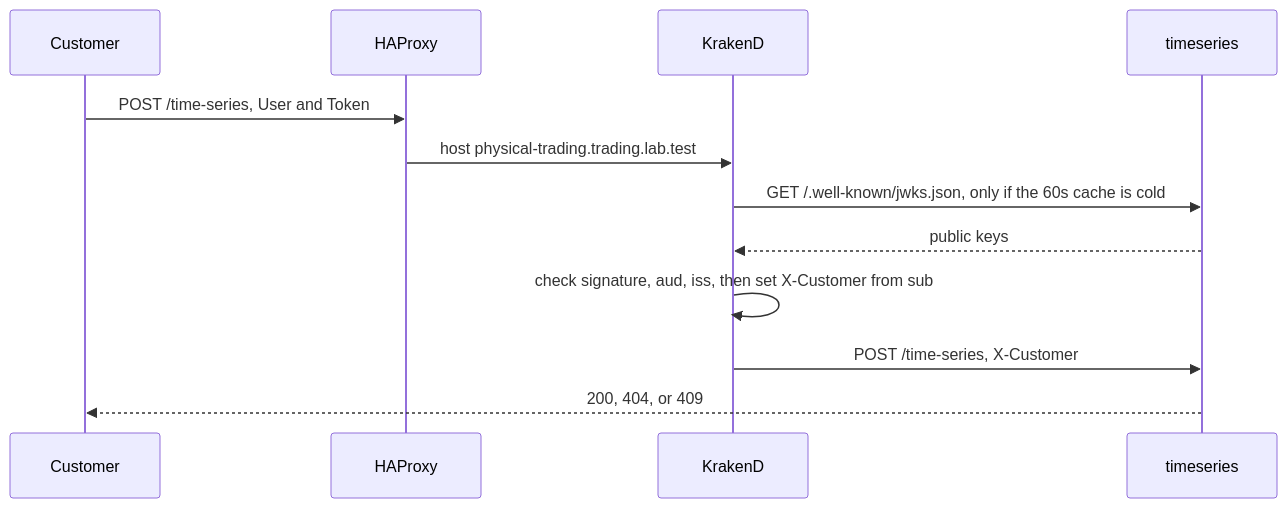
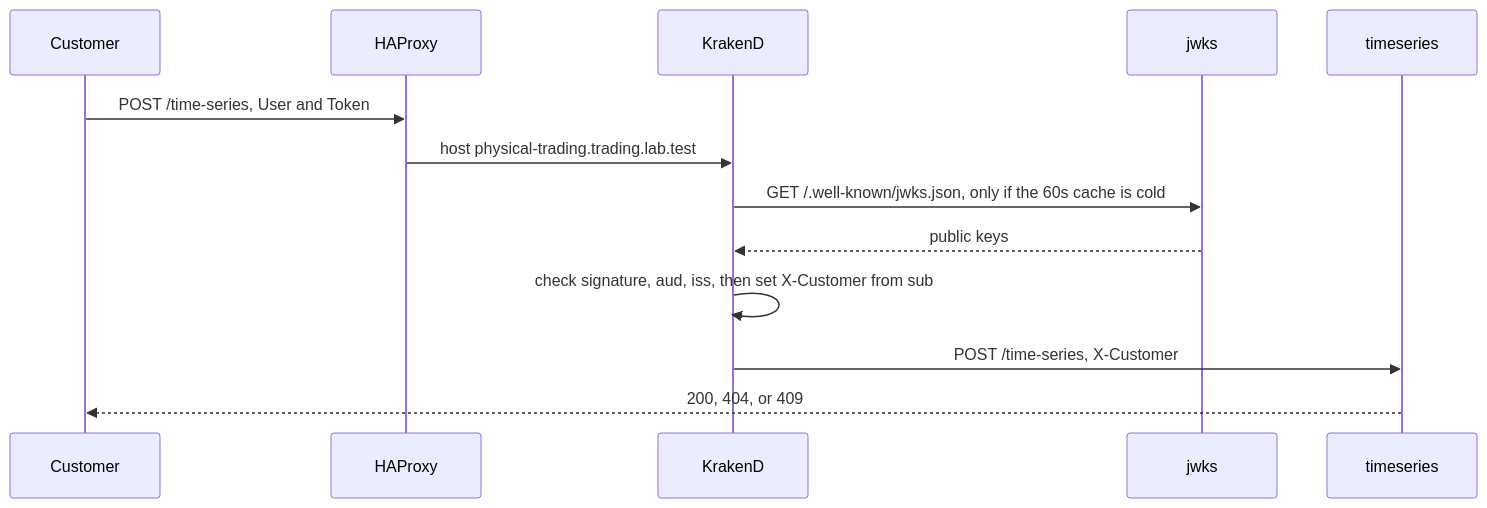
The second of 3 diagrams in docs/gateway.md (alexandrvl/local-kube), drawn with Mermaid before and after one commit. The commit also changed other lines of this file and 10 other files, not shown here.

First line of the commit message:
Serve each team's public keys from one JWKS service.

````diff
--- a/docs/gateway.md
+++ b/docs/gateway.md
@@ -48,14 +45,15 @@
 ```mermaid
 sequenceDiagram
   participant C as Customer
   participant H as HAProxy
   participant K as KrakenD
+  participant J as jwks
   participant S as timeseries
   C->>H: POST /time-series, User and Token
   H->>K: host physical-trading.trading.lab.test
-  K->>S: GET /.well-known/jwks.json, only if the 60s cache is cold
-  S-->>K: public keys
+  K->>J: GET /.well-known/jwks.json, only if the 60s cache is cold
+  J-->>K: public keys
   K->>K: check signature, aud, iss, then set X-Customer from sub
   K->>S: POST /time-series, X-Customer
   S-->>C: 200, 404, or 409
 ```
````
